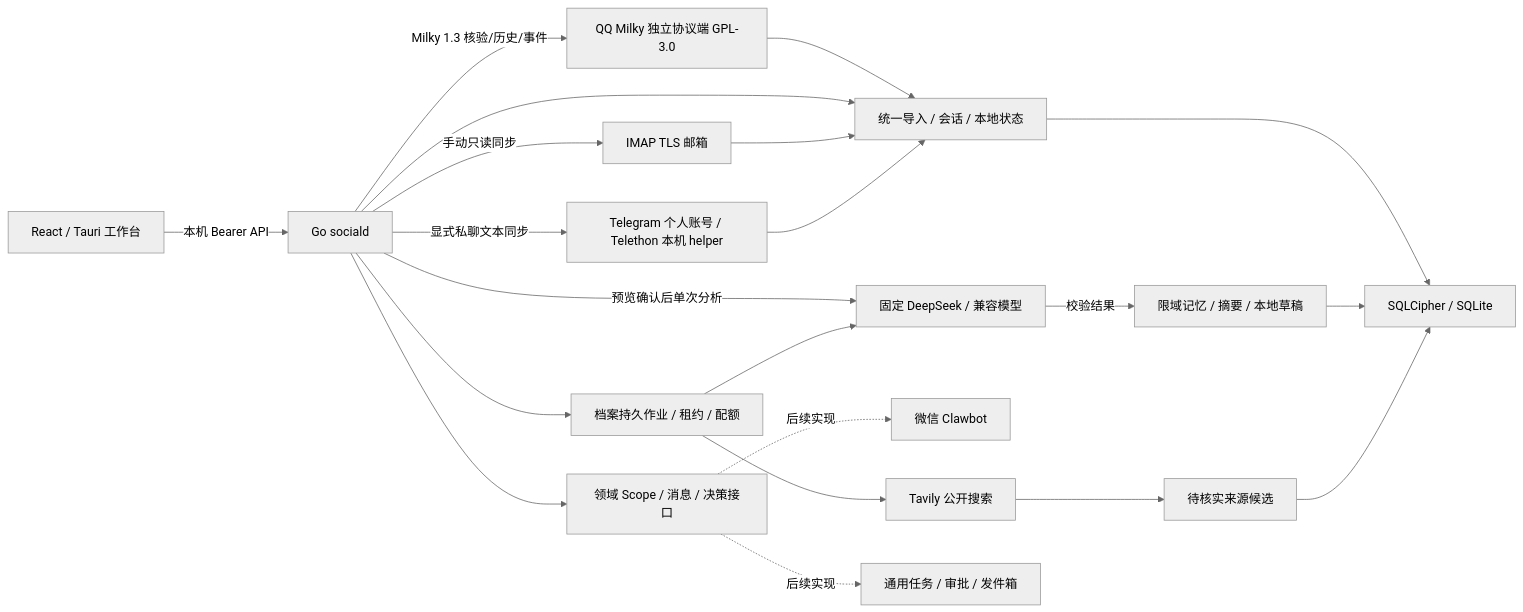
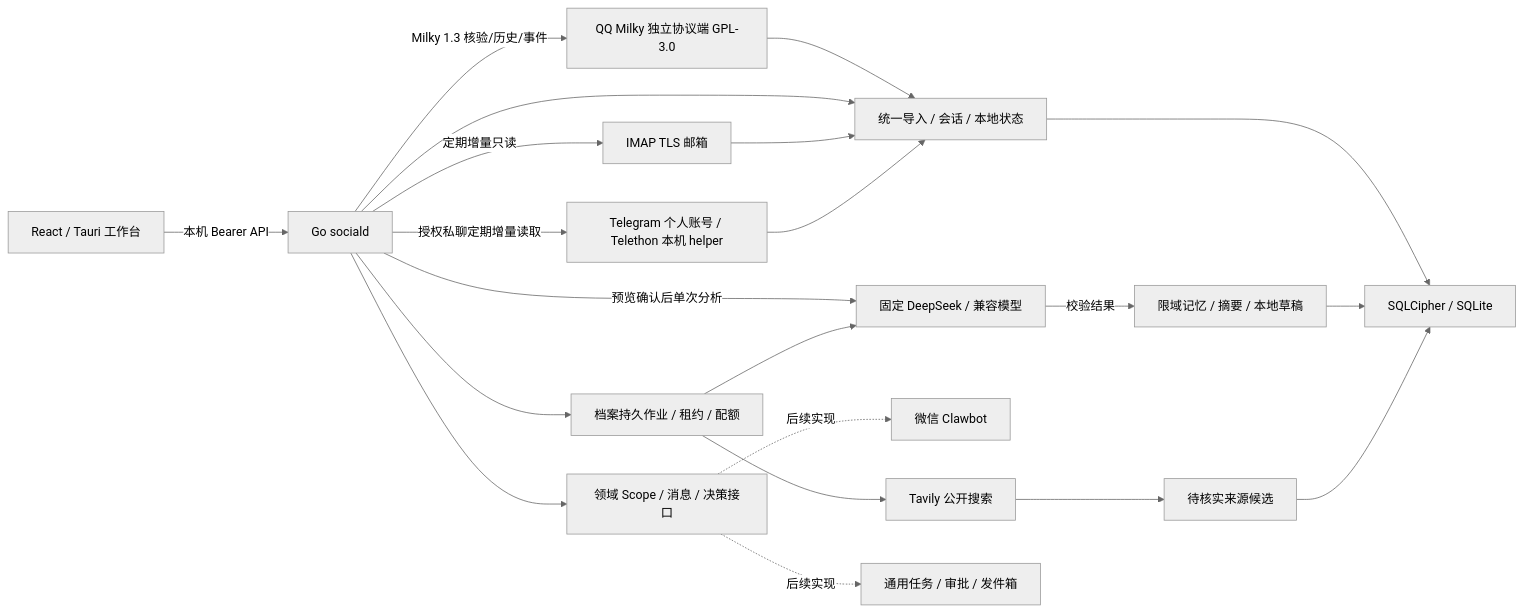
The diagram in README.md (qilinbro/msg-manager), drawn with Mermaid (neutral theme) before and after one commit. The commit also changed other lines of this file and 55 other files, not shown here.

````diff
--- a/README.md
+++ b/README.md
@@ -96,23 +96,23 @@
 ```mermaid
 flowchart LR
     UI[React / Tauri 工作台] -->|本机 Bearer API| API[Go sociald]
     API -->|Milky 1.3 核验/历史/事件| MILKY[QQ Milky 独立协议端 GPL-3.0]
     MILKY --> INBOX
     API --> DOMAIN[领域 Scope / 消息 / 决策接口]
     API --> INBOX[统一导入 / 会话 / 本地状态]
     INBOX --> STORE[SQLCipher / SQLite]
-    API -->|手动只读同步| EMAIL[IMAP TLS 邮箱]
+    API -->|定期增量只读| EMAIL[IMAP TLS 邮箱]
     EMAIL --> INBOX
     API -->|预览确认后单次分析| AI[固定 DeepSeek / 兼容模型]
     AI -->|校验结果| MEMORY[限域记忆 / 摘要 / 本地草稿]
     MEMORY --> STORE
-    API -->|显式私聊文本同步| TELEGRAM[Telegram 个人账号 / Telethon 本机 helper]
+    API -->|授权私聊定期增量读取| TELEGRAM[Telegram 个人账号 / Telethon 本机 helper]
     TELEGRAM --> INBOX
     DOMAIN -. 后续实现 .-> CONNECTOR[微信 Clawbot]
     API --> JOBS[档案持久作业 / 租约 / 配额]
     JOBS --> AI
     JOBS --> SEARCH[Tavily 公开搜索]
     SEARCH --> CANDIDATE[待核实来源候选]
     CANDIDATE --> STORE
     DOMAIN -. 后续实现 .-> AGENT[通用任务 / 审批 / 发件箱]
 ```
````
